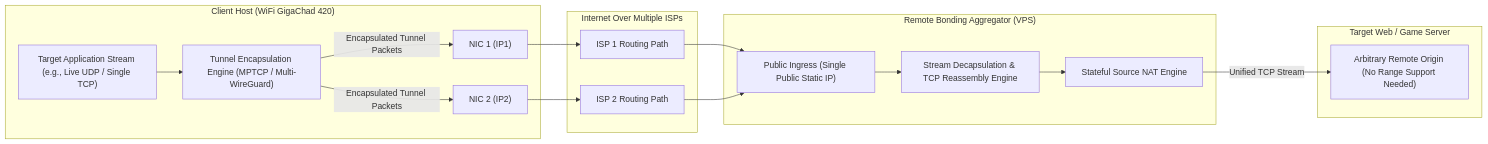
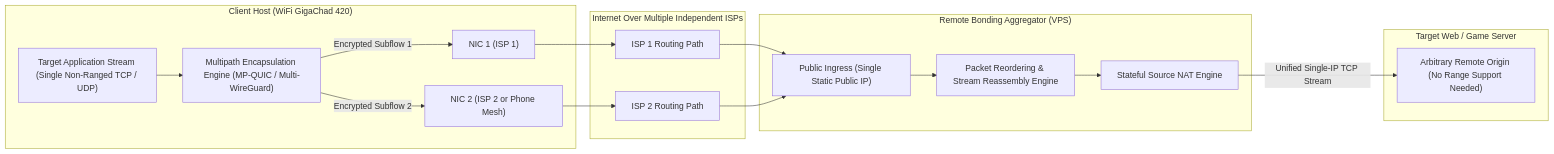
The ninth of 14 diagrams in Docs/WiFi_GigaChad_420_Plan.md (cubicreates/WifiGigaChad420), drawn with Mermaid before and after one commit. The commit also changed other lines of this file and 4 other files, not shown here.

````diff
--- a/Docs/WiFi_GigaChad_420_Plan.md
+++ b/Docs/WiFi_GigaChad_420_Plan.md
@@ -550,35 +600,35 @@
 ```mermaid
-graph LR
+flowchart LR
     subgraph Client_Premises ["Client Host (WiFi GigaChad 420)"]
-        AppTraffic["Target Application Stream (e.g., Live UDP / Single TCP)"]
-        Encapsulator["Tunnel Encapsulation Engine (MPTCP / Multi-WireGuard)"]
-        Client_NIC1["NIC 1 (IP1)"]
-        Client_NIC2["NIC 2 (IP2)"]
+        AppTraffic["Target Application Stream (Single Non-Ranged TCP / UDP)"]
+        Encapsulator["Multipath Encapsulation Engine (MP-QUIC / Multi-WireGuard)"]
+        Client_NIC1["NIC 1 (ISP 1)"]
+        Client_NIC2["NIC 2 (ISP 2 or Phone Mesh)"]
     end
 
-    subgraph Public_Transit ["Internet Over Multiple ISPs"]
+    subgraph Public_Transit ["Internet Over Multiple Independent ISPs"]
         Transit1["ISP 1 Routing Path"]
         Transit2["ISP 2 Routing Path"]
     end
 
     subgraph Cloud_Infrastructure ["Remote Bonding Aggregator (VPS)"]
-        Aggregator_NIC["Public Ingress (Single Public Static IP)"]
-        Decapsulator["Stream Decapsulation & TCP Reassembly Engine"]
+        Aggregator_NIC["Public Ingress (Single Static Public IP)"]
+        Decapsulator["Packet Reordering & Stream Reassembly Engine"]
         SNAT["Stateful Source NAT Engine"]
     end
 
     subgraph Origin ["Target Web / Game Server"]
         RemoteServer["Arbitrary Remote Origin (No Range Support Needed)"]
     end
 
     AppTraffic --> Encapsulator
-    Encapsulator -->|Encapsulated Tunnel Packets| Client_NIC1
-    Encapsulator -->|Encapsulated Tunnel Packets| Client_NIC2
+    Encapsulator -->|"Encrypted Subflow 1"| Client_NIC1
+    Encapsulator -->|"Encrypted Subflow 2"| Client_NIC2
 
     Client_NIC1 --> Transit1 --> Aggregator_NIC
     Client_NIC2 --> Transit2 --> Aggregator_NIC
 
     Aggregator_NIC --> Decapsulator
     Decapsulator --> SNAT
-    SNAT -->|Unified TCP Stream| RemoteServer
+    SNAT -->|"Unified Single-IP TCP Stream"| RemoteServer
 ```
````
